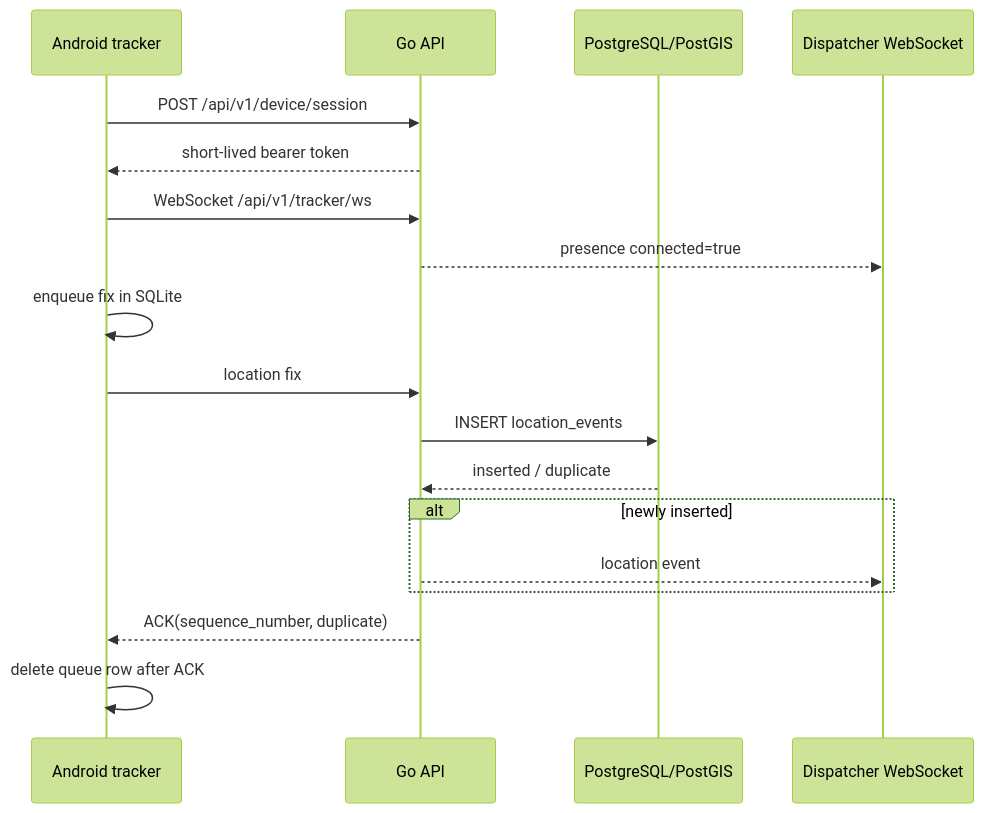
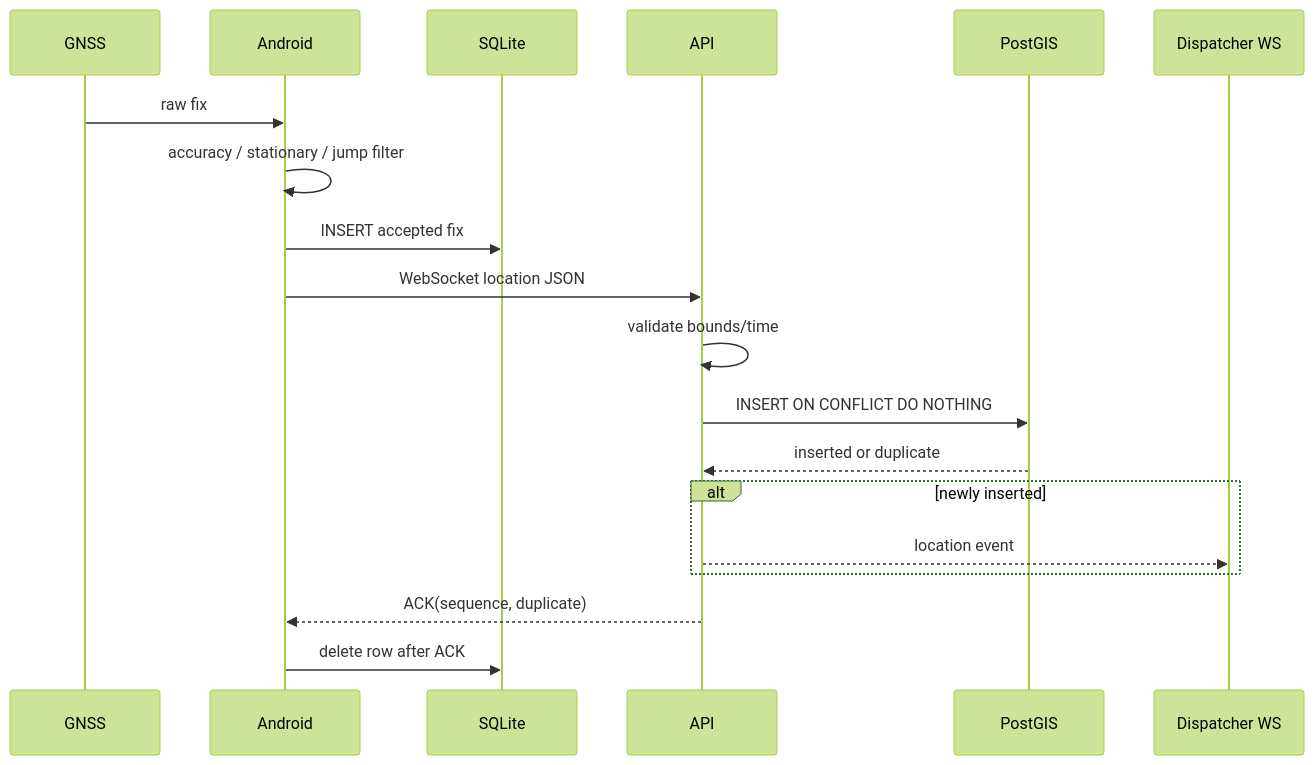
Before and after one commit to Jstarzz/ambulance-tracking: the fourth of 12 diagrams in docs/ARCHITECTURE.md, drawn with Mermaid (forest theme). The commit also changed other lines of this file, not shown here.

Commit message:
docs: expand architecture with provisioning MFA crash ETA AI and scale flows

````diff
--- a/docs/ARCHITECTURE.md
+++ b/docs/ARCHITECTURE.md
@@ -95,21 +147,22 @@
 ```mermaid
 sequenceDiagram
-    participant A as Android tracker
-    participant API as Go API
-    participant DB as PostgreSQL/PostGIS
-    participant UI as Dispatcher WebSocket
+    participant GNSS
+    participant A as Android
+    participant Q as SQLite
+    participant API
+    participant DB as PostGIS
+    participant UI as Dispatcher WS
 
-    A->>API: POST /api/v1/device/session
-    API-->>A: short-lived bearer token
-    A->>API: WebSocket /api/v1/tracker/ws
-    API-->>UI: presence connected=true
-    A->>A: enqueue fix in SQLite
-    A->>API: location fix
-    API->>DB: INSERT location_events
-    DB-->>API: inserted / duplicate
+    GNSS->>A: raw fix
+    A->>A: accuracy / stationary / jump filter
+    A->>Q: INSERT accepted fix
+    A->>API: WebSocket location JSON
+    API->>API: validate bounds/time
+    API->>DB: INSERT ON CONFLICT DO NOTHING
+    DB-->>API: inserted or duplicate
     alt newly inserted
-        API-->>UI: location event
+      API-->>UI: location event
     end
-    API-->>A: ACK(sequence_number, duplicate)
-    A->>A: delete queue row after ACK
+    API-->>A: ACK(sequence, duplicate)
+    A->>Q: delete row after ACK
 ```
````
